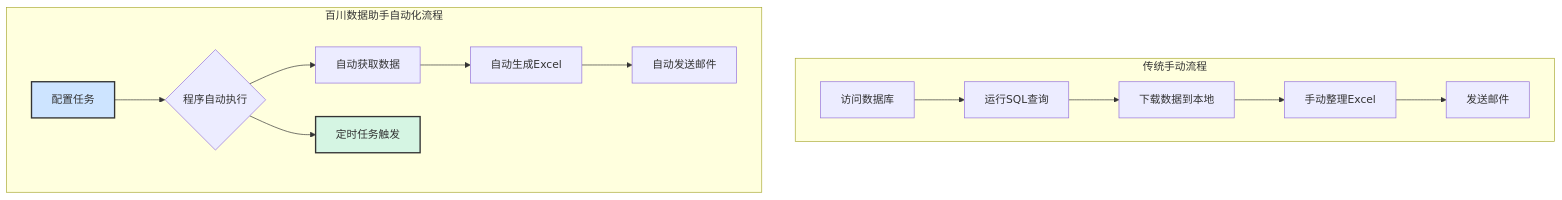
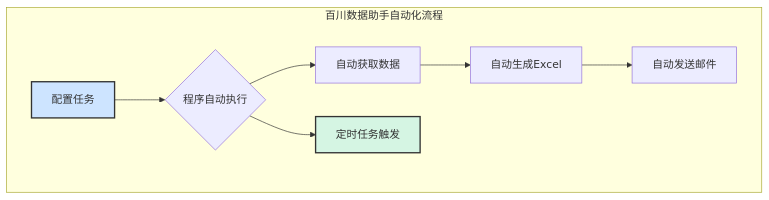
The second of 2 diagrams in 项目操作文档.md (blacksamuraiiii/baichuan-assistant), drawn with Mermaid before and after one commit. The commit also changed other lines of this file and 2 other files, not shown here.

Commit message:
docs(operation): 更新操作文档为PDF格式并优化内容结构
- 将项目操作文档从 Markdown 格式转换为 PDF 格式
- 优化文档结构与排版，提升可读性
- 增加 mermaid 流程图展示手动与自动化流程对比
- 完善快速操作指南，涵盖任务配置、数据源设置、邮件发送及定时任务创建
- 修正部分表述和格式问题，确保信息准确清晰

````diff
--- a/项目操作文档.md
+++ b/项目操作文档.md
@@ -23,20 +34,13 @@
 ```mermaid
 graph TD
-    subgraph "传统手动流程"
-        A[访问数据库] --> B[运行SQL查询];
-        B --> C[下载数据到本地];
-        C --> D[手动整理Excel];
-        D --> E[发送邮件];
+    subgraph 百川数据助手自动化流程
+        F[配置任务] --> G{程序自动执行}
+        G --> H[自动获取数据]
+        H --> I[自动生成Excel]
+        I --> J[自动发送邮件]
+        G --> K[定时任务触发]
     end
-
-    subgraph "百川数据助手自动化流程"
-        F[配置任务] --> G{程序自动执行};
-        G --> H[自动获取数据];
-        H --> I[自动生成Excel];
-        I --> J[自动发送邮件];
-        G --> K[定时任务触发];
-    end
-
+  
     style F fill:#cde4ff,stroke:#333,stroke-width:2px
     style K fill:#d5f5e3,stroke:#333,stroke-width:2px
 ```
````
